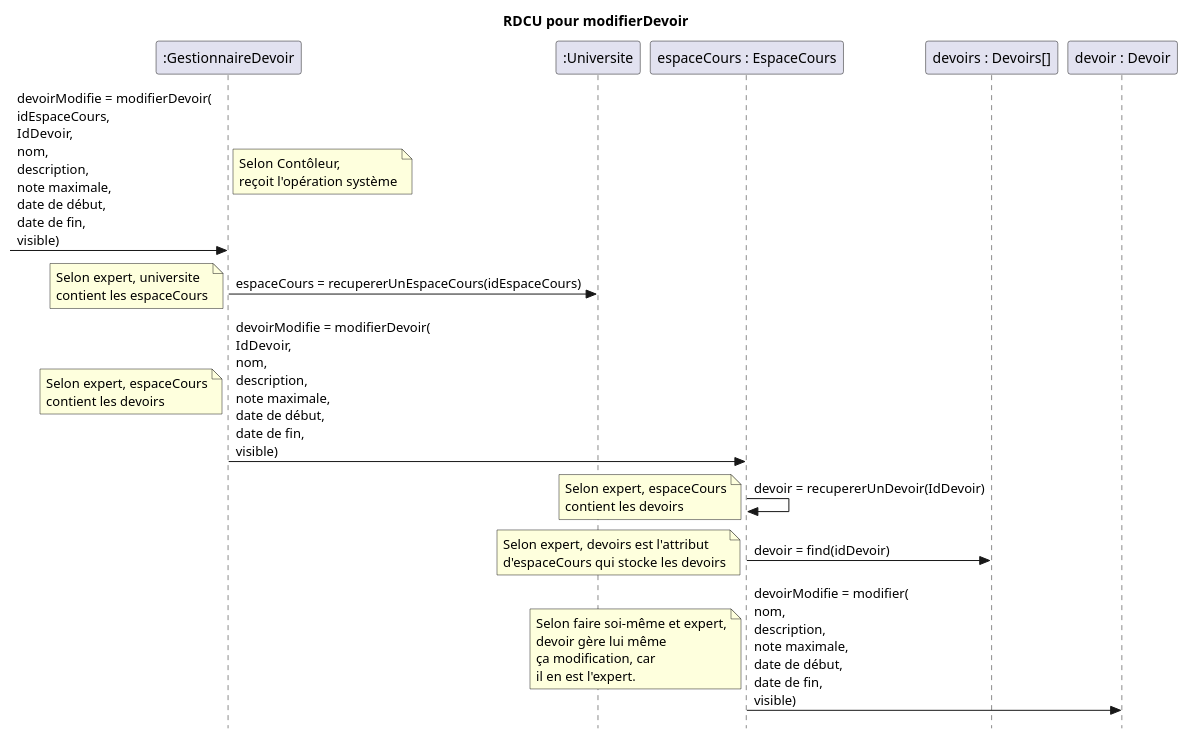
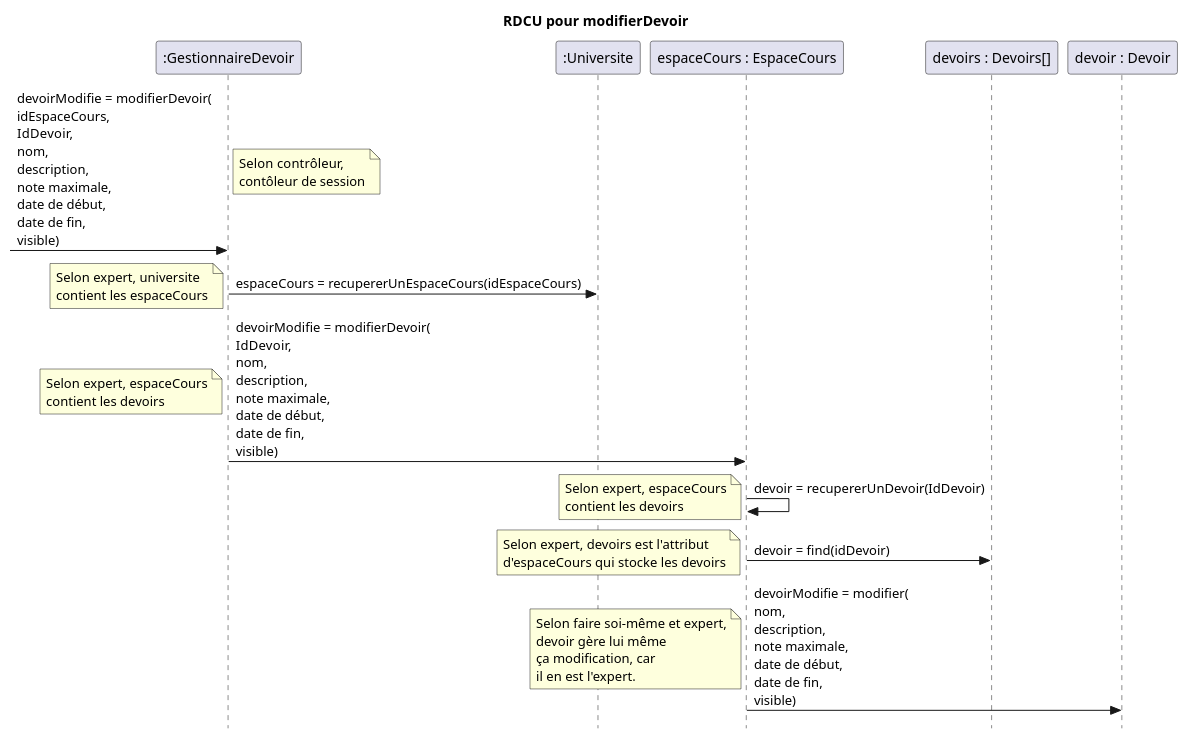
One commit to nerdz88/SGA-TS changed the diagram in docs/ModifierDevoir/RDCU_ModifierDevoir.puml. Above: the diagram before and after it, drawn with PlantUML. The commit also changed 49 other files, not shown here.

```diff
--- a/docs/ModifierDevoir/RDCU_ModifierDevoir.puml
+++ b/docs/ModifierDevoir/RDCU_ModifierDevoir.puml
@@ -1,23 +1,23 @@
 @startuml ModifierDevoir
 skinparam style strictuml
 skinparam defaultfontname Verdana
 title RDCU pour modifierDevoir
 participant ":GestionnaireDevoir" as gestionnaireDevoir
 participant ":Universite" as universite
 participant "espaceCours : EspaceCours" as cours
 participant "devoirs : Devoirs[]" as devoirs
 participant "devoir : Devoir" as devoir
 
 -> gestionnaireDevoir : devoirModifie = modifierDevoir(\nidEspaceCours,\nIdDevoir,\nnom,\ndescription,\nnote maximale,\ndate de début,\ndate de fin,\nvisible)
-note left : Selon Contôleur,\nreçoit l'opération système
+note left : Selon contrôleur,\ncontôleur de session
 gestionnaireDevoir -> universite : espaceCours = recupererUnEspaceCours(idEspaceCours)
 note left : Selon expert, universite\ncontient les espaceCours
 gestionnaireDevoir -> cours : devoirModifie = modifierDevoir(\nIdDevoir,\nnom,\ndescription,\nnote maximale,\ndate de début,\ndate de fin,\nvisible)
 note left : Selon expert, espaceCours\ncontient les devoirs
 cours -> cours : devoir = recupererUnDevoir(IdDevoir)
 note left : Selon expert, espaceCours\ncontient les devoirs
 cours -> devoirs : devoir = find(idDevoir)
 note left : Selon expert, devoirs est l'attribut\nd'espaceCours qui stocke les devoirs
 cours -> devoir : devoirModifie = modifier(\nnom,\ndescription,\nnote maximale,\ndate de début,\ndate de fin,\nvisible)
 note left : Selon faire soi-même et expert,\ndevoir gère lui même\nça modification, car\nil en est l'expert.
 @enduml
```
